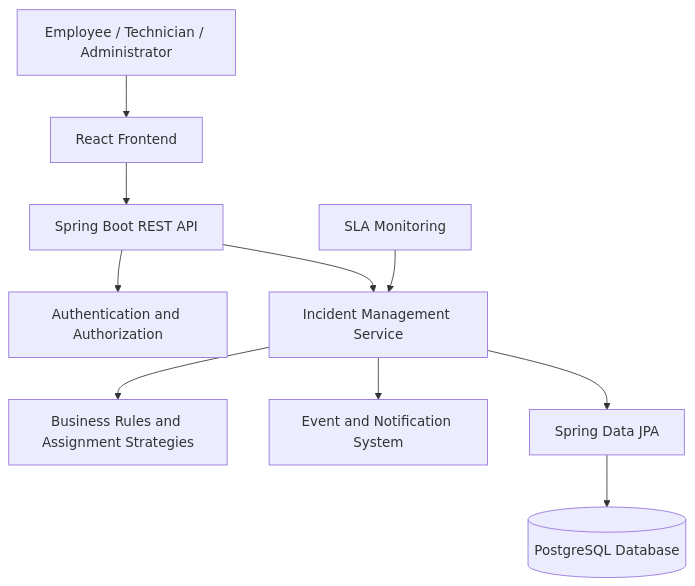
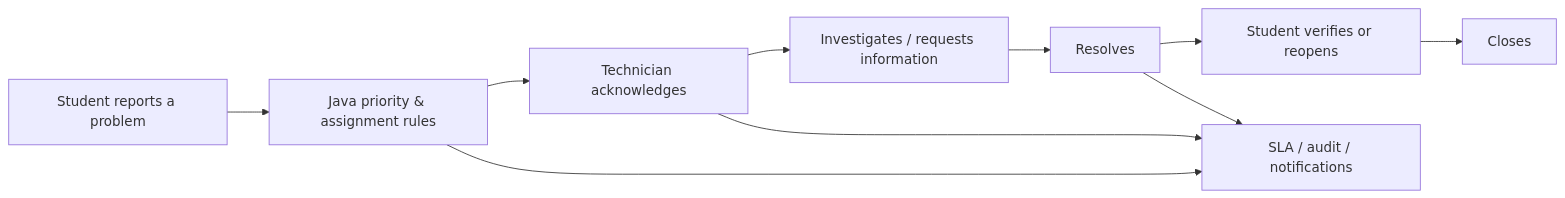
The first of 2 diagrams in README.md (anantagarwal0156H/NEXUS), drawn with Mermaid before and after one commit. The commit also changed other lines of this file, not shown here.

````diff
--- a/README.md
+++ b/README.md
@@ -164,12 +35,12 @@
 ```mermaid
-flowchart TD
-    A[Employee / Technician / Administrator] --> B[React Frontend]
-    B --> C[Spring Boot REST API]
-    C --> D[Authentication and Authorization]
-    C --> E[Incident Management Service]
-    E --> F[Business Rules and Assignment Strategies]
-    E --> G[Event and Notification System]
-    E --> H[Spring Data JPA]
-    H --> I[(PostgreSQL Database)]
-    J[SLA Monitoring] --> E
+flowchart LR
+  A["Student reports a problem"] --> B["Java priority & assignment rules"]
+  B --> C["Technician acknowledges"]
+  C --> D["Investigates / requests information"]
+  D --> E["Resolves"]
+  E --> F["Student verifies or reopens"]
+  F --> G["Closes"]
+  B --> H["SLA / audit / notifications"]
+  C --> H
+  E --> H
 ```
````
